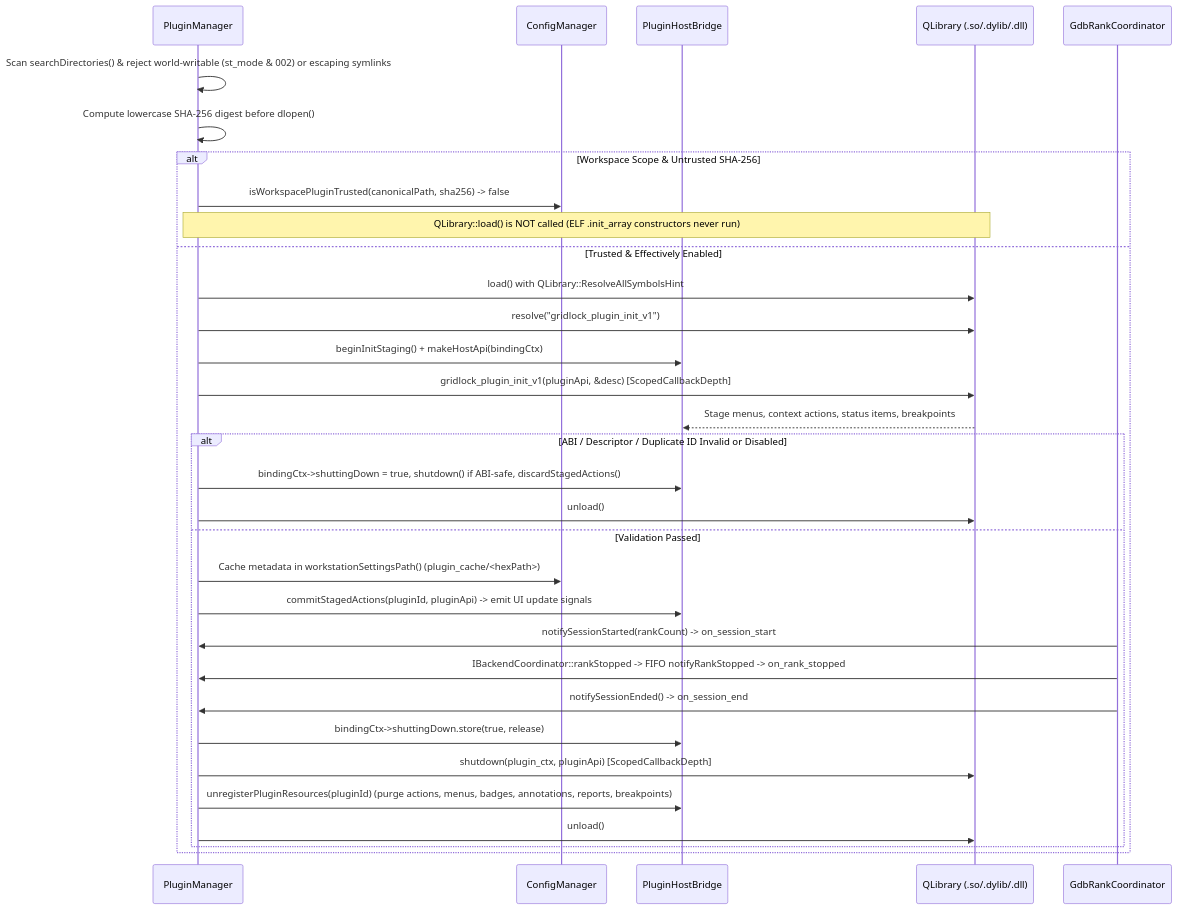
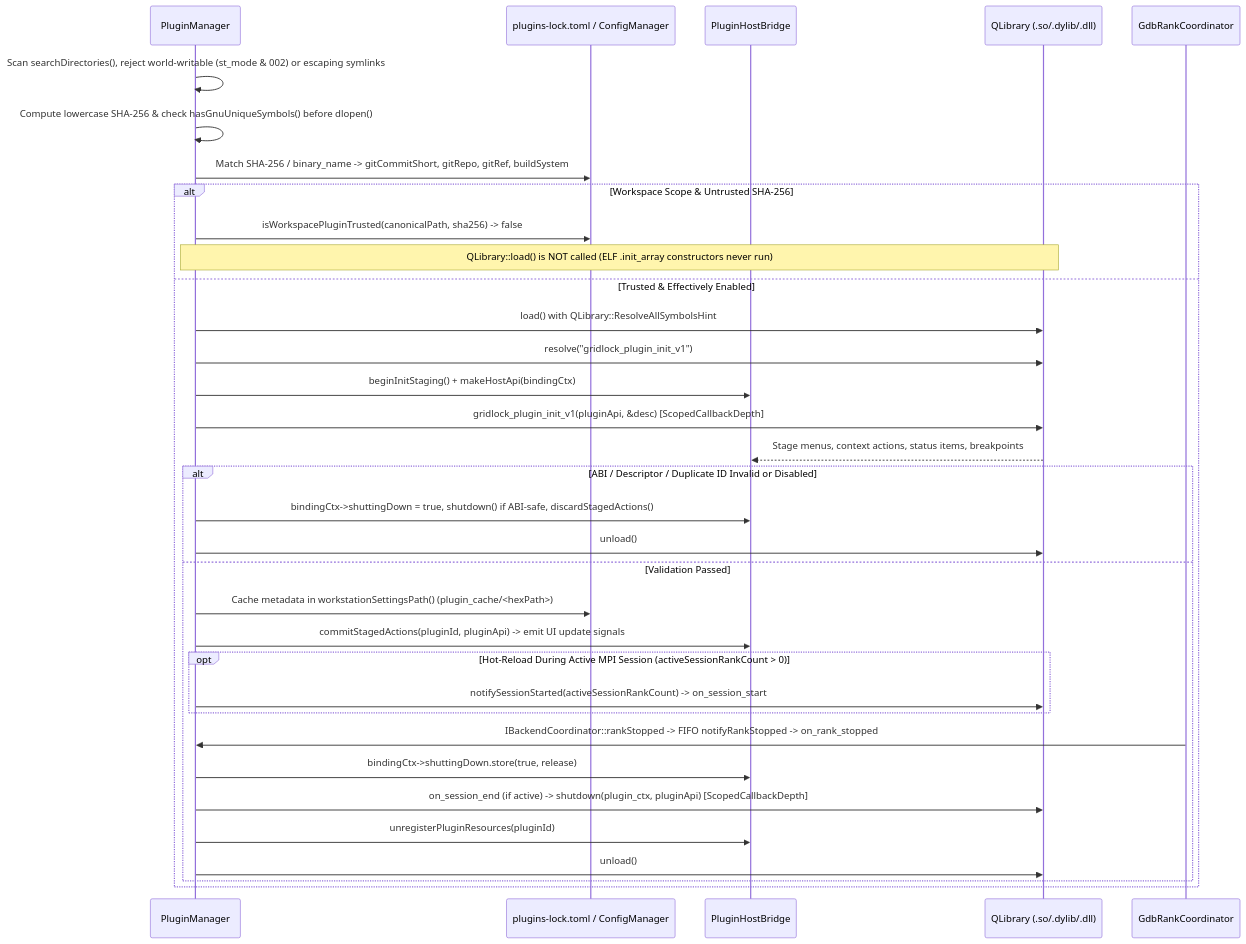
One commit to bnorthern42/GridLock changed the second of 3 diagrams in docs/Plugin-Architecture-and-Lifecycle.md. Above: the diagram before and after it, drawn with Mermaid. The commit also changed other lines of this file and 6 other files, not shown here.

Commit message:
docs(plugins): synchronize complete C99 ABI, verifier, hot-reload, and scaffolding documentation

````diff
--- a/docs/Plugin-Architecture-and-Lifecycle.md
+++ b/docs/Plugin-Architecture-and-Lifecycle.md
@@ -84,35 +95,37 @@
 ```mermaid
 sequenceDiagram
   participant PM as PluginManager
-  participant CFG as ConfigManager
+  participant LOCK as plugins-lock.toml / ConfigManager
   participant PHB as PluginHostBridge
   participant LIB as QLibrary (.so/.dylib/.dll)
   participant COORD as GdbRankCoordinator
 
-  PM->>PM: Scan searchDirectories() & reject world-writable (st_mode & 002) or escaping symlinks
-  PM->>PM: Compute lowercase SHA-256 digest before dlopen()
+  PM->>PM: Scan searchDirectories(), reject world-writable (st_mode & 002) or escaping symlinks
+  PM->>PM: Compute lowercase SHA-256 & check hasGnuUniqueSymbols() before dlopen()
+  PM->>LOCK: Match SHA-256 / binary_name -> gitCommitShort, gitRepo, gitRef, buildSystem
   alt Workspace Scope & Untrusted SHA-256
-    PM->>CFG: isWorkspacePluginTrusted(canonicalPath, sha256) -> false
+    PM->>LOCK: isWorkspacePluginTrusted(canonicalPath, sha256) -> false
     Note over PM,LIB: QLibrary::load() is NOT called (ELF .init_array constructors never run)
   else Trusted & Effectively Enabled
     PM->>LIB: load() with QLibrary::ResolveAllSymbolsHint
     PM->>LIB: resolve("gridlock_plugin_init_v1")
     PM->>PHB: beginInitStaging() + makeHostApi(bindingCtx)
     PM->>LIB: gridlock_plugin_init_v1(pluginApi, &desc) [ScopedCallbackDepth]
     LIB-->>PHB: Stage menus, context actions, status items, breakpoints
     alt ABI / Descriptor / Duplicate ID Invalid or Disabled
       PM->>PHB: bindingCtx->shuttingDown = true, shutdown() if ABI-safe, discardStagedActions()
       PM->>LIB: unload()
     else Validation Passed
-      PM->>CFG: Cache metadata in workstationSettingsPath() (plugin_cache/<hexPath>)
+      PM->>LOCK: Cache metadata in workstationSettingsPath() (plugin_cache/<hexPath>)
       PM->>PHB: commitStagedActions(pluginId, pluginApi) -> emit UI update signals
-      COORD->>PM: notifySessionStarted(rankCount) -> on_session_start
+      opt Hot-Reload During Active MPI Session (activeSessionRankCount > 0)
+        PM->>LIB: notifySessionStarted(activeSessionRankCount) -> on_session_start
+      end
       COORD->>PM: IBackendCoordinator::rankStopped -> FIFO notifyRankStopped -> on_rank_stopped
-      COORD->>PM: notifySessionEnded() -> on_session_end
       PM->>PHB: bindingCtx->shuttingDown.store(true, release)
-      PM->>LIB: shutdown(plugin_ctx, pluginApi) [ScopedCallbackDepth]
-      PM->>PHB: unregisterPluginResources(pluginId) (purge actions, menus, badges, annotations, reports, breakpoints)
+      PM->>LIB: on_session_end (if active) -> shutdown(plugin_ctx, pluginApi) [ScopedCallbackDepth]
+      PM->>PHB: unregisterPluginResources(pluginId)
       PM->>LIB: unload()
     end
   end
 ```
````
